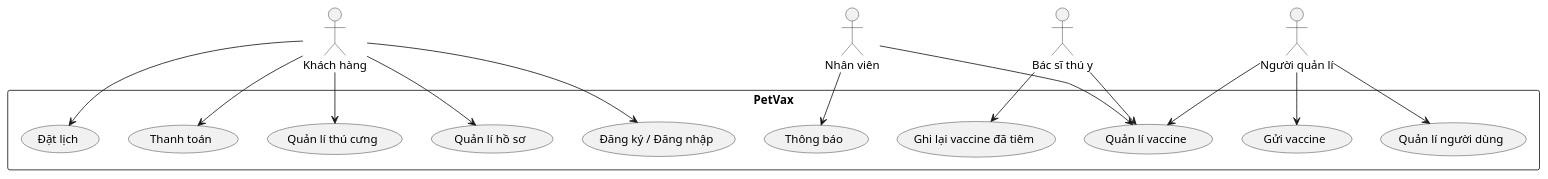
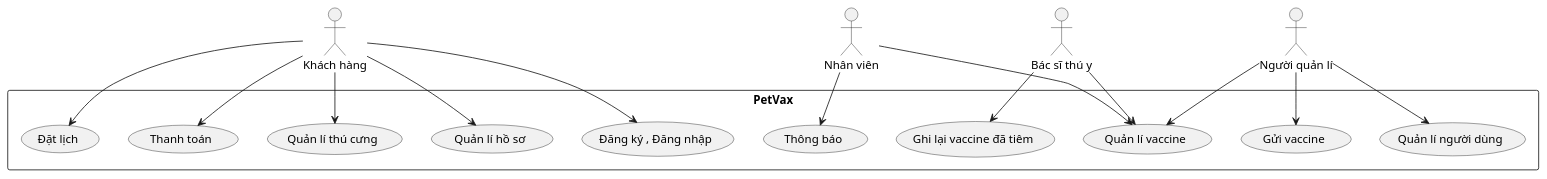
The second of 10 diagrams in README.md (KaiyoDev/PetVax), drawn with PlantUML before and after one commit. The commit also changed other lines of this file, not shown here.

````diff
--- a/README.md
+++ b/README.md
@@ -223,38 +223,38 @@
 ```plantuml
 @startuml
 
 actor "Khách hàng" as KH
 actor "Nhân viên" as NV
 actor "Bác sĩ thú y" as BS
 actor "Người quản lí" as QT
 
 rectangle "PetVax" {
-  usecase "Đăng ký / Đăng nhập" as UC1
+  usecase "Đăng ký , Đăng nhập" as UC1
   usecase "Quản lí hồ sơ" as UC2
   usecase "Quản lí thú cưng" as UC3
   usecase "Thanh toán" as UC4
   usecase "Đặt lịch" as UC5
   usecase "Thông báo" as UC6
   usecase "Quản lí vaccine" as UC7
   usecase "Ghi lại vaccine đã tiêm" as UC8
   usecase "Quản lí người dùng" as UC9
   usecase "Gửi vaccine" as UC10
 }
 
 KH --> UC1
 KH --> UC2
 KH --> UC3
 KH --> UC4
 KH --> UC5
 
 NV --> UC6
 NV --> UC7
 
 BS --> UC8
 BS --> UC7
 
 QT --> UC9
 QT --> UC7
 QT --> UC10
 @enduml
 ```
````
